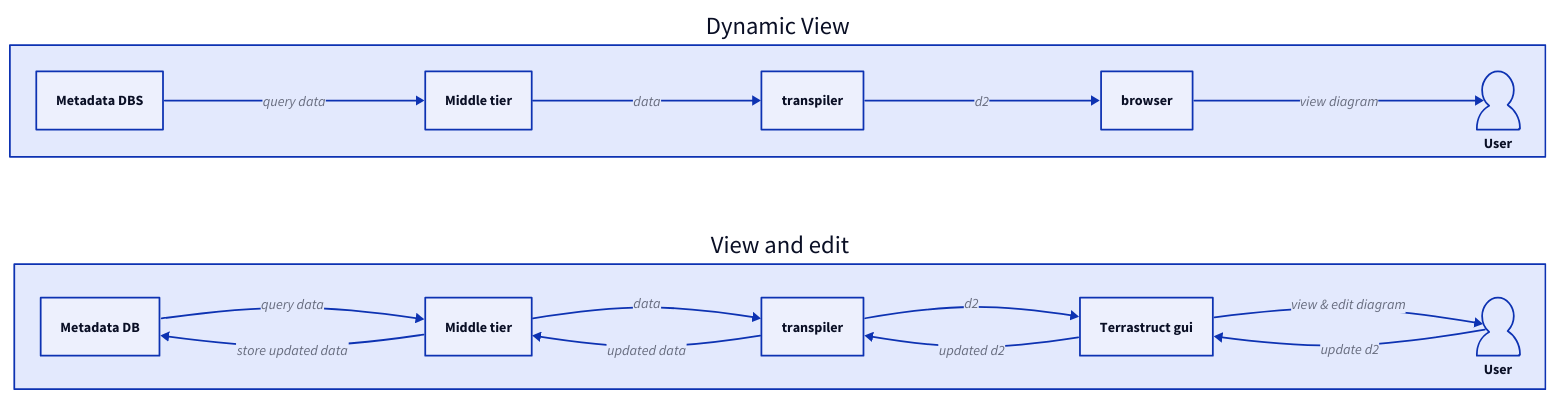
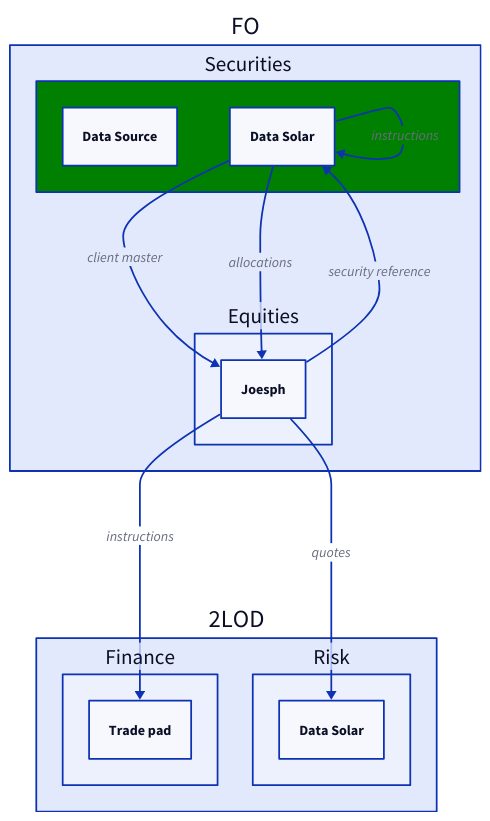
One commit to judepayne/dictim.cookbook changed the diagram in samples/in.d2. Above: the diagram before and after it, drawn with D2. The commit also changed 4 other files, not shown here.

```diff
--- a/samples/in.d2
+++ b/samples/in.d2
@@ -1,47 +1,24 @@
-direction: right
-a: Dynamic View  {
-  db_a: Metadata DBS  {
-    shape: rectangle
+2LOD:   {
+  Finance:   {
+    app12872: Trade pad
   }
-  mt_a: Middle tier  {
-    shape: rectangle
-  }
-  tp_a: transpiler  {
-    shape: rectangle
-  }
-  gui_a: browser  {
-    shape: rectangle
-  }
-  user_a: User  {
-    shape: person
+  Risk:   {
+    app12876: Data Solar
   }
 }
-b: View and edit  {
-  db_b: Metadata DB  {
-    shape: rectangle
+FO:   {
+  Securities:   {
+    style.fill: green
+    app12873: Data Source
+    app12875: Data Solar
   }
-  mt_b: Middle tier  {
-    shape: rectangle
-  }
-  tp_b: transpiler  {
-    shape: rectangle
-  }
-  gui_b: Terrastruct gui  {
-    shape: rectangle
-  }
-  user_b: User  {
-    shape: person
+  Equities:   {
+    app12874: Joesph
   }
 }
-a.db_a -> a.mt_a: query data
-a.mt_a -> a.tp_a: data
-a.tp_a -> a.gui_a: d2
-a.gui_a -> a.user_a: view diagram
-b.db_b -> b.mt_b: query data
-b.mt_b -> b.tp_b: data
-b.tp_b -> b.gui_b: d2
-b.gui_b -> b.user_b: view & edit diagram
-b.user_b -> b.gui_b: update d2
-b.gui_b -> b.tp_b: updated d2
-b.tp_b -> b.mt_b: updated data
-b.mt_b -> b.db_b: store updated data
+FO.Equities.app12874 -> FO.Securities.app12875: security reference
+FO.Equities.app12874 -> 2LOD.Risk.app12876: quotes
+FO.Securities.app12875 -> FO.Securities.app12875: instructions
+FO.Equities.app12874 -> 2LOD.Finance.app12872: instructions
+FO.Securities.app12875 -> FO.Equities.app12874: client master
+FO.Securities.app12875 -> FO.Equities.app12874: allocations
```
